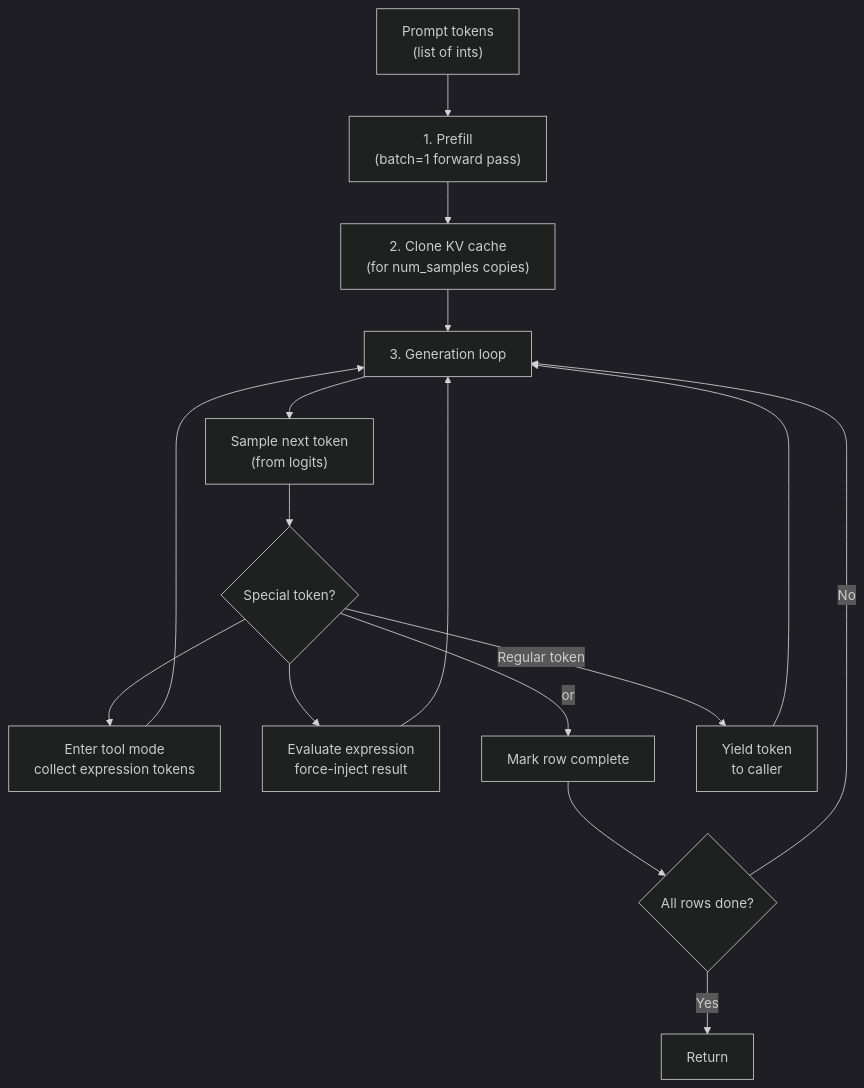
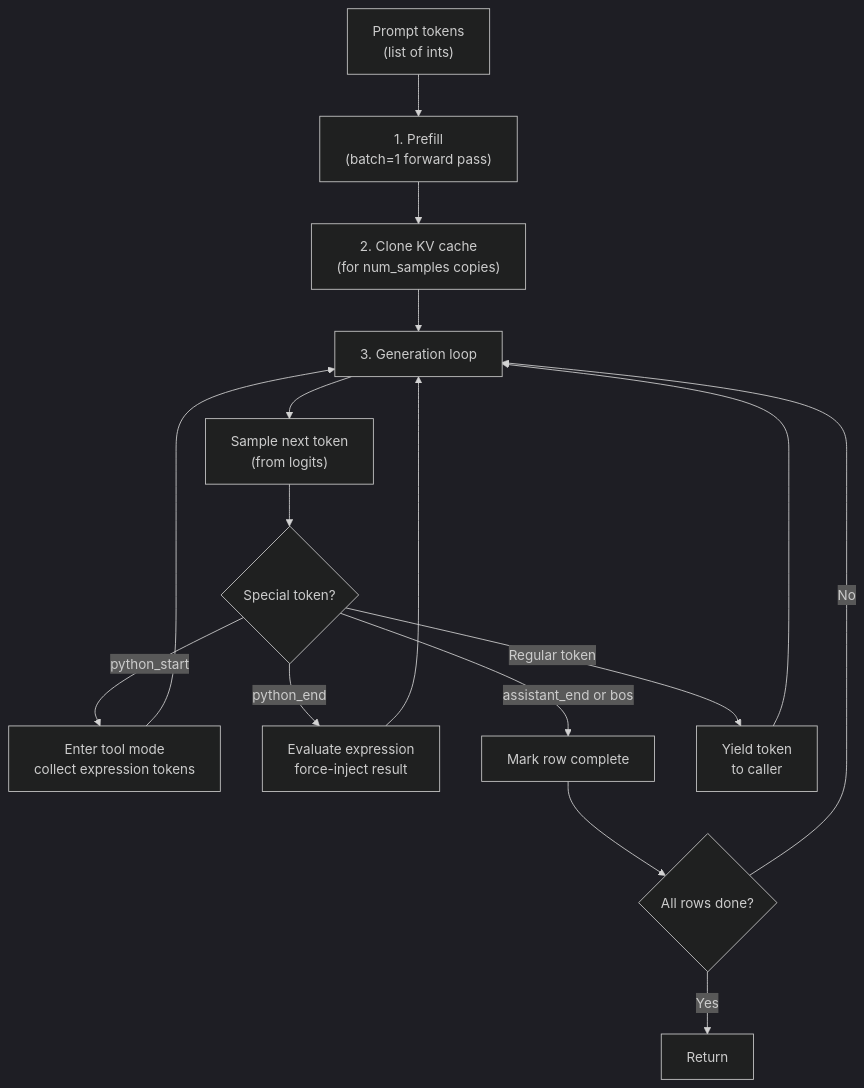
Before and after one commit to meever/nanochat: the third of 5 diagrams in learn/07_inference_engine.md, drawn with Mermaid (dark theme). The commit also changed other lines of this file and 11 other files, not shown here.

````diff
--- a/learn/07_inference_engine.md
+++ b/learn/07_inference_engine.md
@@ -100,21 +100,21 @@
 ```mermaid
 flowchart TD
   Start["Prompt tokens\n(list of ints)"] --> Prefill["1. Prefill\n(batch=1 forward pass)"]
   Prefill --> Clone["2. Clone KV cache\n(for num_samples copies)"]
   Clone --> Loop["3. Generation loop"]
 
   Loop --> Sample["Sample next token\n(from logits)"]
   Sample --> Check{"Special token?"}
 
-  Check -->|"<python_start>"| Tool["Enter tool mode\ncollect expression tokens"]
-  Check -->|"<python_end>"| Eval["Evaluate expression\nforce-inject result"]
-  Check -->|"<assistant_end> or <bos>"| Done["Mark row complete"]
+  Check -->|"python_start"| Tool["Enter tool mode\ncollect expression tokens"]
+  Check -->|"python_end"| Eval["Evaluate expression\nforce-inject result"]
+  Check -->|"assistant_end or bos"| Done["Mark row complete"]
   Check -->|"Regular token"| Yield["Yield token\nto caller"]
 
   Tool --> Loop
   Eval --> Loop
   Yield --> Loop
   Done --> AllDone{"All rows done?"}
   AllDone -->|"No"| Loop
   AllDone -->|"Yes"| End["Return"]
 ```
````
